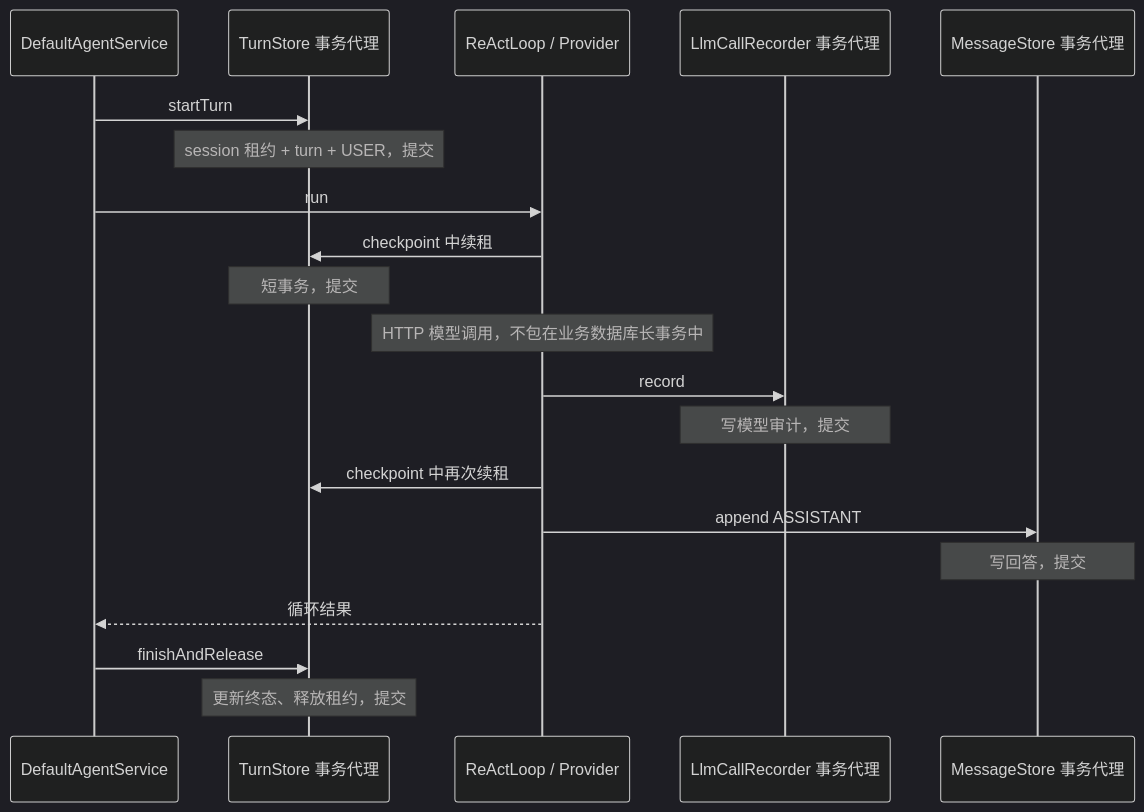
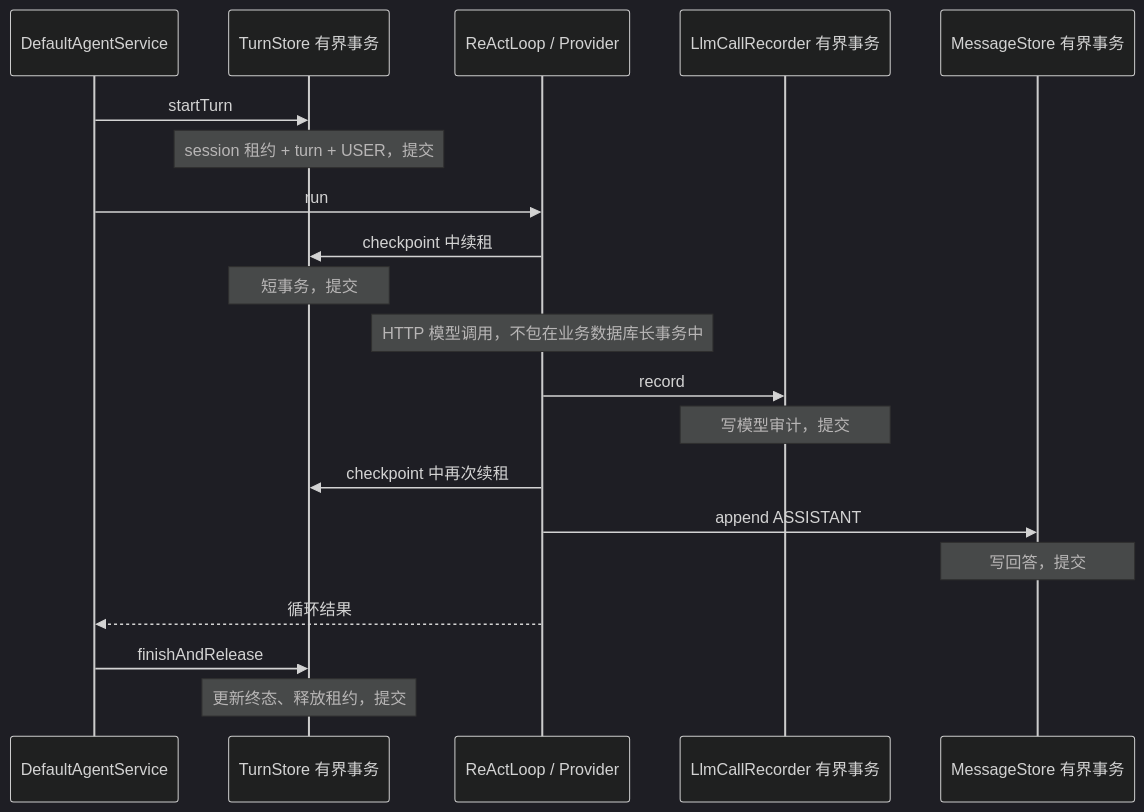
The third of 3 diagrams in docs/code-reading/Spring-SpringBoot-Guide.md (wangkaiqistart/agent-os), drawn with Mermaid (dark theme) before and after one commit. The commit also changed other lines of this file and 9 other files, not shown here.

````diff
--- a/docs/code-reading/Spring-SpringBoot-Guide.md
+++ b/docs/code-reading/Spring-SpringBoot-Guide.md
@@ -927,22 +933,22 @@
 ```mermaid
 sequenceDiagram
     participant A as DefaultAgentService
-    participant T as TurnStore 事务代理
+    participant T as TurnStore 有界事务
     participant L as ReActLoop / Provider
-    participant R as LlmCallRecorder 事务代理
-    participant M as MessageStore 事务代理
+    participant R as LlmCallRecorder 有界事务
+    participant M as MessageStore 有界事务
     A->>T: startTurn
     Note over T: session 租约 + turn + USER，提交
     A->>L: run
     L->>T: checkpoint 中续租
     Note over T: 短事务，提交
     Note over L: HTTP 模型调用，不包在业务数据库长事务中
     L->>R: record
     Note over R: 写模型审计，提交
     L->>T: checkpoint 中再次续租
     L->>M: append ASSISTANT
     Note over M: 写回答，提交
     L-->>A: 循环结果
     A->>T: finishAndRelease
     Note over T: 更新终态、释放租约，提交
 ```
````
